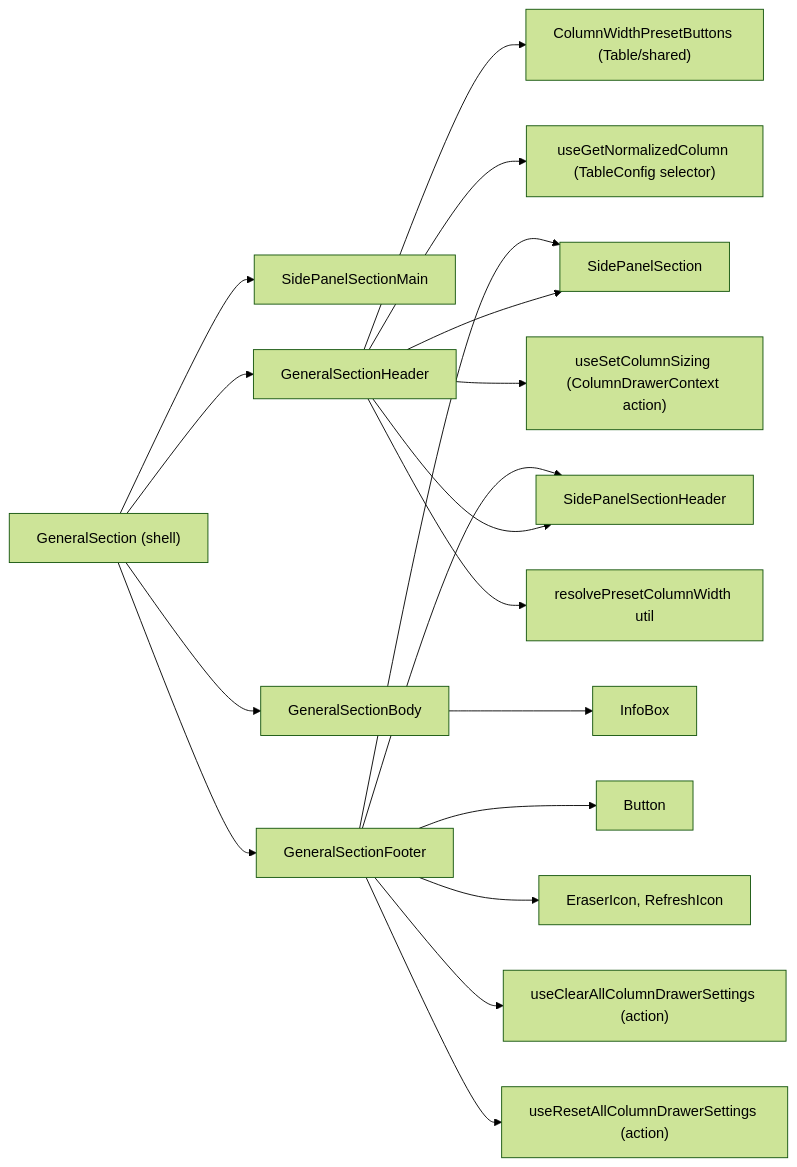
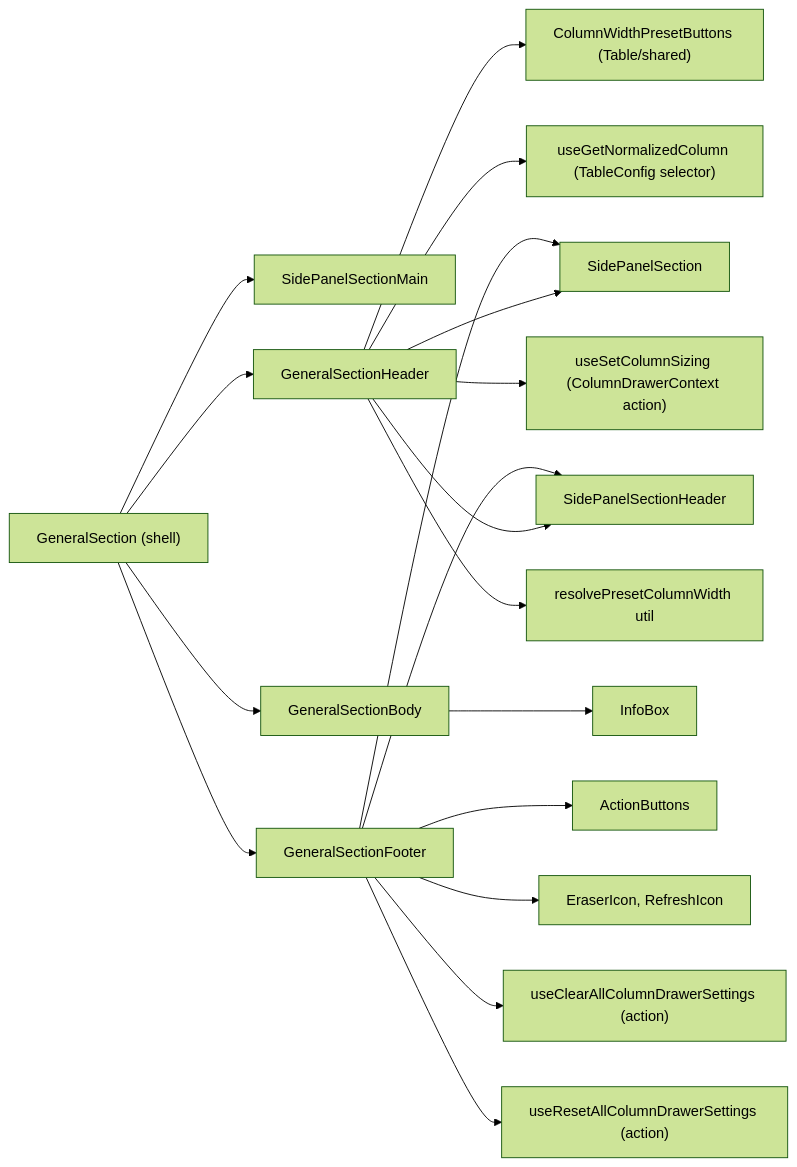
Before and after one commit to luciocabrera/lcabrera-stack: the first of 2 diagrams in packages/ui/src/components/Table/ColumnSettingsDrawer/GeneralSection/ARCHITECTURE.md, drawn with Mermaid (forest theme). The commit also changed 24 other files, not shown here.

Commit message:
feat(ui): introduce ActionButtons component for consistent button handling across modals and footers

````diff
--- a/packages/ui/src/components/Table/ColumnSettingsDrawer/GeneralSection/ARCHITECTURE.md
+++ b/packages/ui/src/components/Table/ColumnSettingsDrawer/GeneralSection/ARCHITECTURE.md
@@ -57,23 +57,23 @@
 ```mermaid
 graph LR
   GS["GeneralSection (shell)"] --> SidePanelSectionMain
   GS --> Header["GeneralSectionHeader"]
   GS --> Body["GeneralSectionBody"]
   GS --> Footer["GeneralSectionFooter"]
 
   Header --> SidePanelSection
   Header --> SidePanelSectionHeader
   Header --> ColumnWidthPresetButtons["ColumnWidthPresetButtons (Table/shared)"]
   Header --> useGetNormalizedColumn["useGetNormalizedColumn (TableConfig selector)"]
   Header --> setColumnSizing["useSetColumnSizing (ColumnDrawerContext action)"]
   Header --> resolvePresetColumnWidth["resolvePresetColumnWidth util"]
 
   Body --> InfoBox
 
   Footer --> SidePanelSection
   Footer --> SidePanelSectionHeader
-  Footer --> Button
+  Footer --> ActionButtons
   Footer --> Icons["EraserIcon, RefreshIcon"]
   Footer --> clearAll["useClearAllColumnDrawerSettings (action)"]
   Footer --> resetAll["useResetAllColumnDrawerSettings (action)"]
 ```
````
